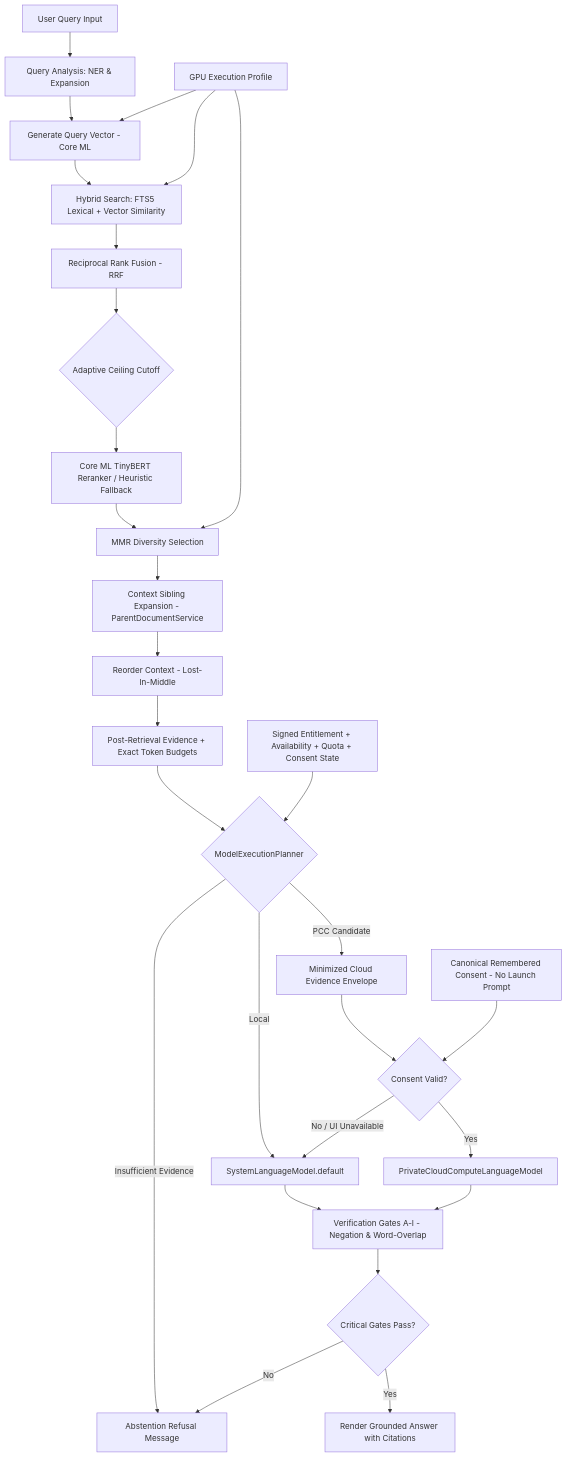
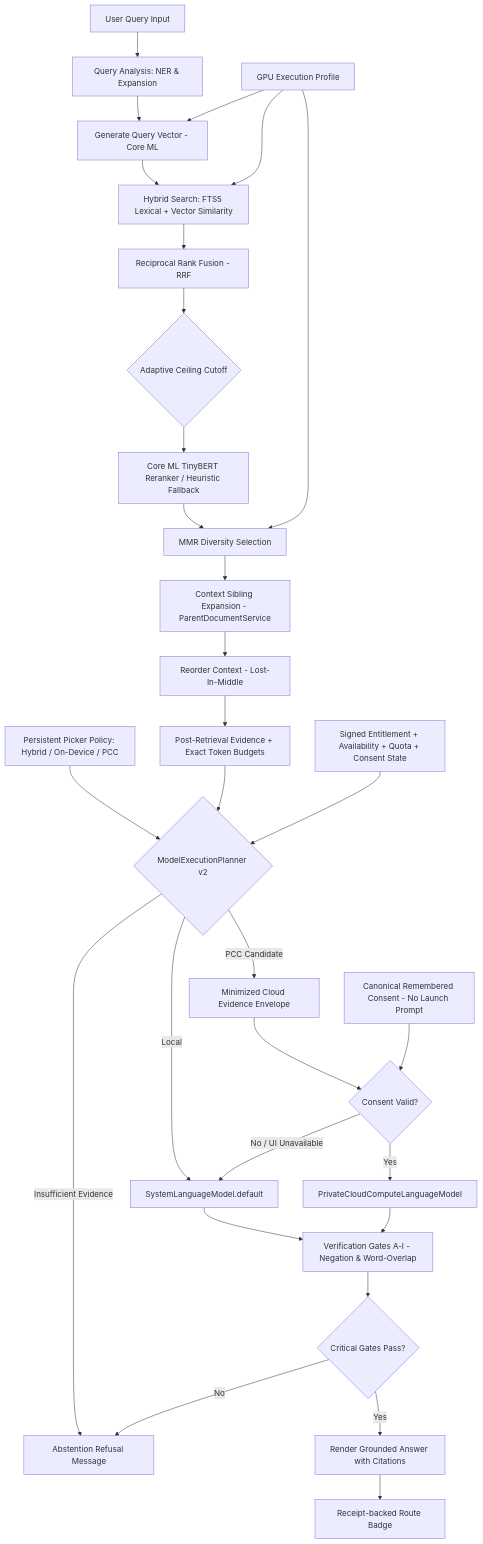
The diagram in Docs/RETRIEVAL_PIPELINE.md (Gunnarguy/OpenIntelligence), drawn with Mermaid before and after one commit. The commit also changed other lines of this file and 19 other files, not shown here.

Commit message:
fix(Orchestration): make model picker routing deterministic

````diff
--- a/Docs/RETRIEVAL_PIPELINE.md
+++ b/Docs/RETRIEVAL_PIPELINE.md
@@ -16,30 +16,32 @@
 ```mermaid
 flowchart TD
     UserQuery[User Query Input] --> QueryPlan[Query Analysis: NER & Expansion]
     QueryPlan --> EmbeddingGen[Generate Query Vector - Core ML]
     GPUProfile[GPU Execution Profile] --> EmbeddingGen
     EmbeddingGen --> HybridSearch[Hybrid Search: FTS5 Lexical + Vector Similarity]
     GPUProfile --> HybridSearch
     HybridSearch --> RRF[Reciprocal Rank Fusion - RRF]
     RRF --> Cutoff{Adaptive Ceiling Cutoff}
     Cutoff --> Rerank[Core ML TinyBERT Reranker / Heuristic Fallback]
     Rerank --> MMR[MMR Diversity Selection]
     GPUProfile --> MMR
     MMR --> ContextExpand[Context Sibling Expansion - ParentDocumentService]
     ContextExpand --> LostInMiddle[Reorder Context - Lost-In-Middle]
     LostInMiddle --> Evidence[Post-Retrieval Evidence + Exact Token Budgets]
-    Evidence --> ModelRoute{ModelExecutionPlanner}
+    Policy[Persistent Picker Policy: Hybrid / On-Device / PCC] --> ModelRoute
+    Evidence --> ModelRoute{ModelExecutionPlanner v2}
     Capability[Signed Entitlement + Availability + Quota + Consent State] --> ModelRoute
     ModelRoute -- Insufficient Evidence --> AbstainRefusal
     ModelRoute -- Local --> LocalLLM[SystemLanguageModel.default]
     ModelRoute -- PCC Candidate --> Minimize[Minimized Cloud Evidence Envelope]
     Minimize --> Consent{Consent Valid?}
     Remembered[Canonical Remembered Consent - No Launch Prompt] --> Consent
     Consent -- Yes --> PCCLLM[PrivateCloudComputeLanguageModel]
     Consent -- No / UI Unavailable --> LocalLLM
     LocalLLM --> Verification[Verification Gates A-I - Negation & Word-Overlap]
     PCCLLM --> Verification
     Verification --> Decision{Critical Gates Pass?}
     Decision -- Yes --> GroundedAnswer[Render Grounded Answer with Citations]
     Decision -- No --> AbstainRefusal[Abstention Refusal Message]
+    GroundedAnswer --> RouteBadge[Receipt-backed Route Badge]
 ```
````
